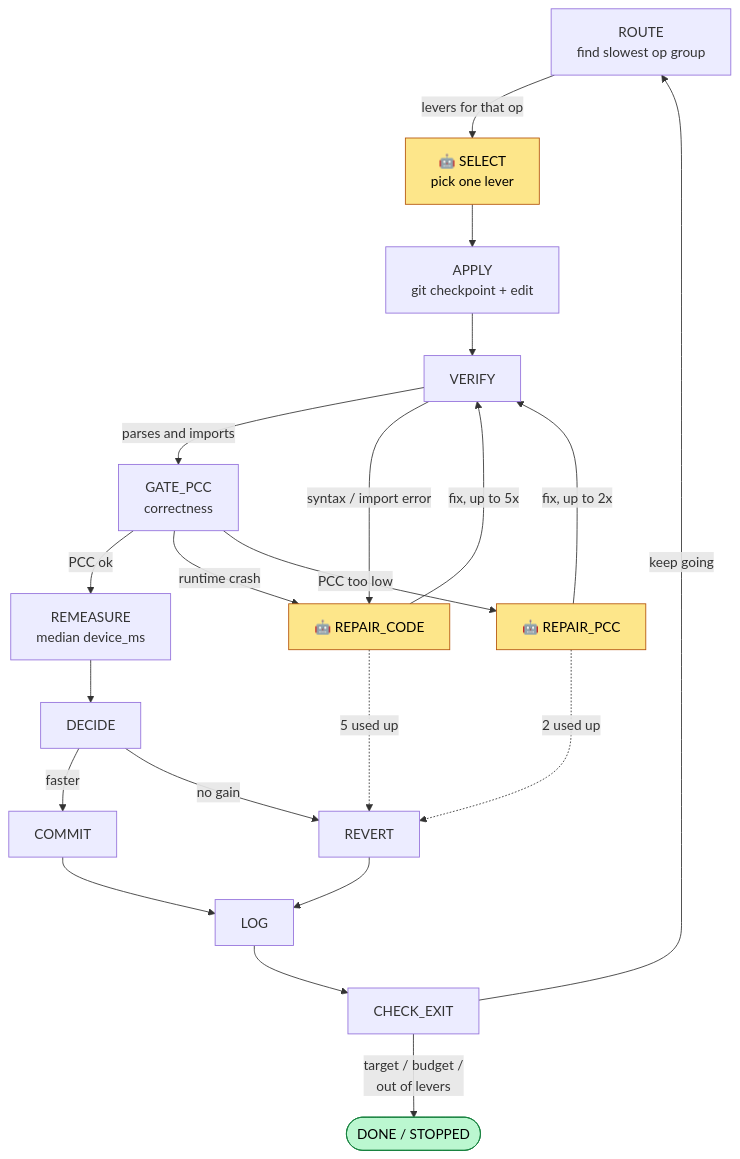
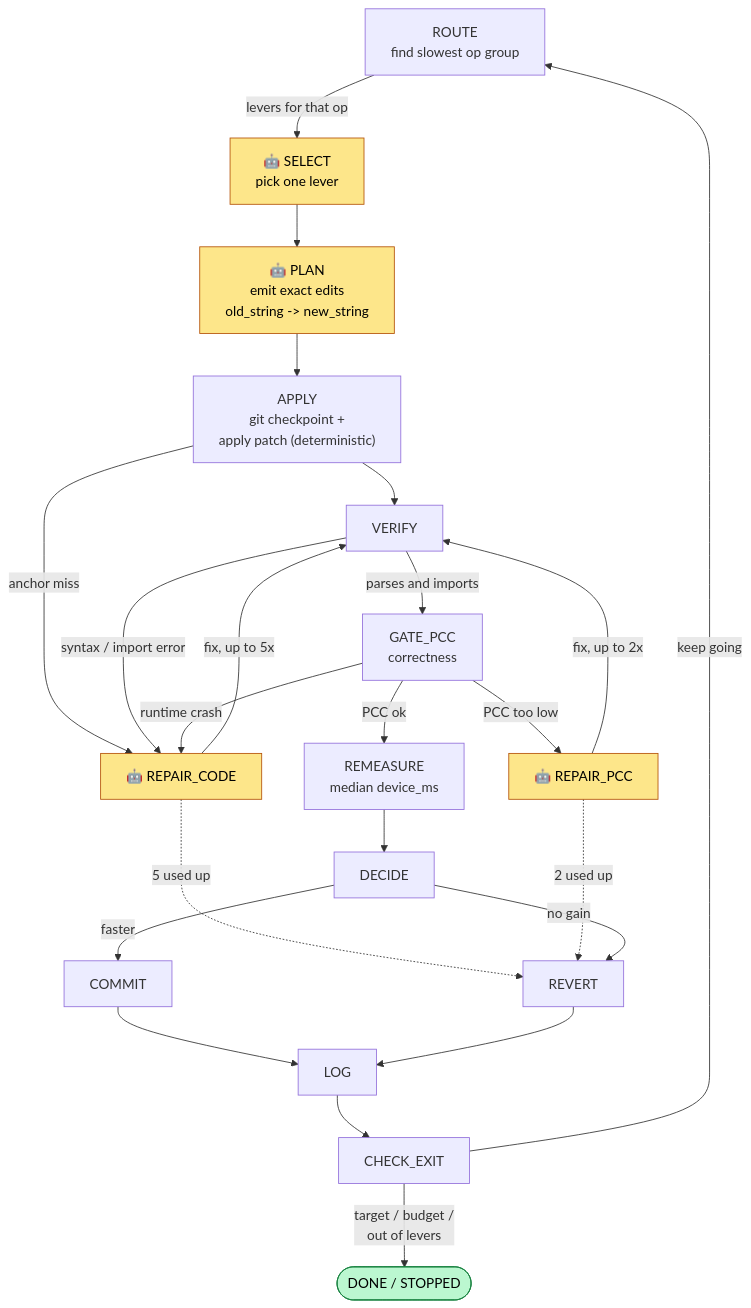
The second of 2 diagrams in models/experimental/perf_automation/README.md (apande-TT/tt-metal), drawn with Mermaid before and after one commit. The commit also changed other lines of this file and 44 other files, not shown here.

````diff
--- a/models/experimental/perf_automation/README.md
+++ b/models/experimental/perf_automation/README.md
@@ -50,28 +60,30 @@
 ```mermaid
 flowchart TD
     ROUTE["ROUTE<br/>find slowest op group"] -->|"levers for that op"| SELECT
-    SELECT["🤖 SELECT<br/>pick one lever"] --> APPLY
-    APPLY["APPLY<br/>git checkpoint + edit"] --> VERIFY
+    SELECT["🤖 SELECT<br/>pick one lever"] --> PLAN
+    PLAN["🤖 PLAN<br/>emit exact edits<br/>old_string -> new_string"] --> APPLY
+    APPLY["APPLY<br/>git checkpoint +<br/>apply patch (deterministic)"] --> VERIFY
+    APPLY -->|"anchor miss"| RC
     VERIFY -->|"parses and imports"| GATE["GATE_PCC<br/>correctness"]
     VERIFY -->|"syntax / import error"| RC["🤖 REPAIR_CODE"]
     GATE -->|"PCC ok"| REM["REMEASURE<br/>median device_ms"]
     GATE -->|"runtime crash"| RC
     GATE -->|"PCC too low"| RP["🤖 REPAIR_PCC"]
     RC -->|"fix, up to 5x"| VERIFY
     RP -->|"fix, up to 2x"| VERIFY
     RC -.->|"5 used up"| REVERT
     RP -.->|"2 used up"| REVERT
     REM --> DECIDE
     DECIDE -->|"faster"| COMMIT
     DECIDE -->|"no gain"| REVERT
     COMMIT --> LOG
     REVERT --> LOG
     LOG --> EXIT["CHECK_EXIT"]
     EXIT -->|"keep going"| ROUTE
     EXIT -->|"target / budget /<br/>out of levers"| STOP(["DONE / STOPPED"])
 
     classDef agent fill:#fde68a,stroke:#b45309,color:#000;
     classDef term fill:#bbf7d0,stroke:#15803d,color:#000;
-    class SELECT,RC,RP agent;
+    class SELECT,PLAN,RC,RP agent;
     class STOP term;
 ```
````
